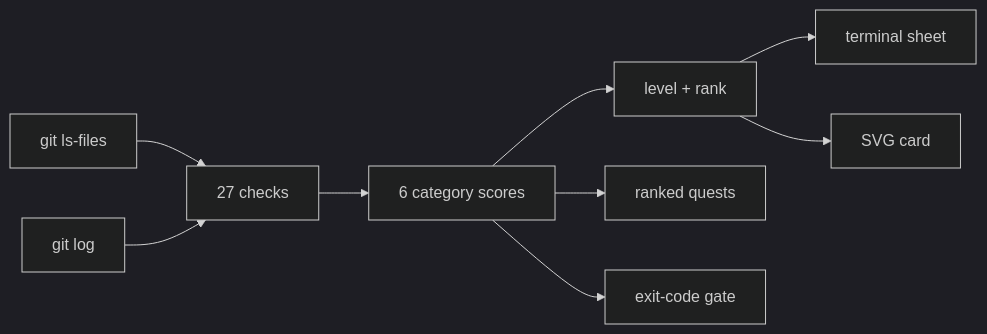
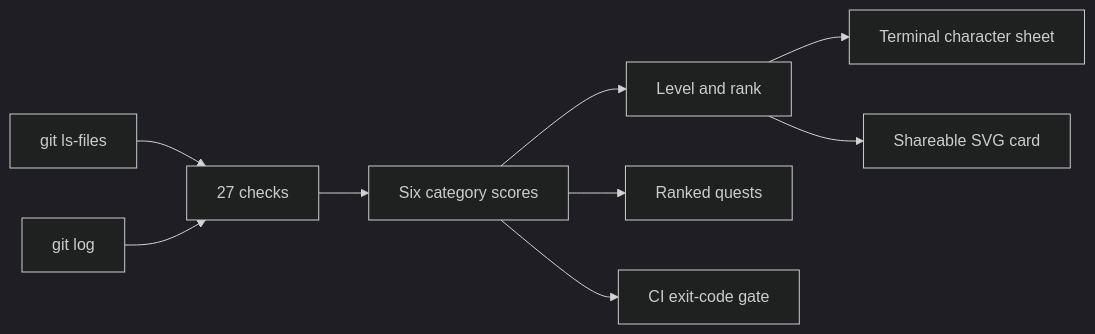
The diagram in README.md (pactender/questlog), drawn with Mermaid (dark theme) before and after one commit. The commit also changed other lines of this file and 4 other files, not shown here.

````diff
--- a/README.md
+++ b/README.md
@@ -103,11 +116,11 @@
 ```mermaid
 flowchart LR
   A[git ls-files] --> C[27 checks]
   B[git log] --> C
-  C --> D[6 category scores]
-  D --> E[level + rank]
-  D --> F[ranked quests]
-  E --> G[terminal sheet]
-  E --> H[SVG card]
-  D --> I[exit-code gate]
+  C --> D[Six category scores]
+  D --> E[Level and rank]
+  D --> F[Ranked quests]
+  E --> G[Terminal character sheet]
+  E --> H[Shareable SVG card]
+  D --> I[CI exit-code gate]
 ```
````
